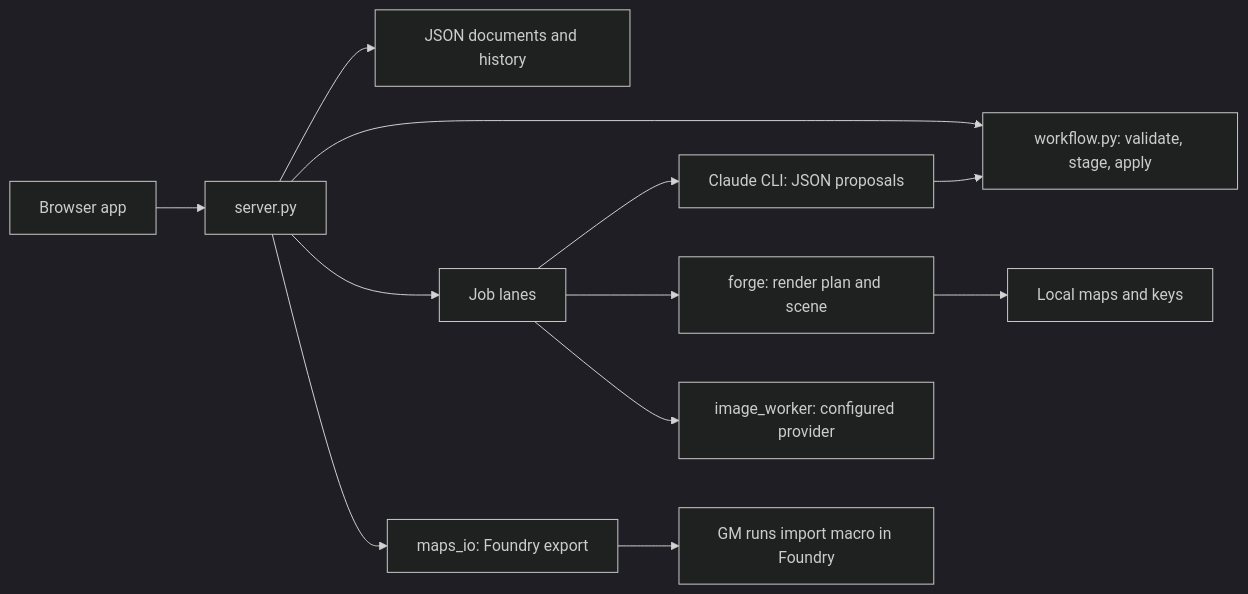
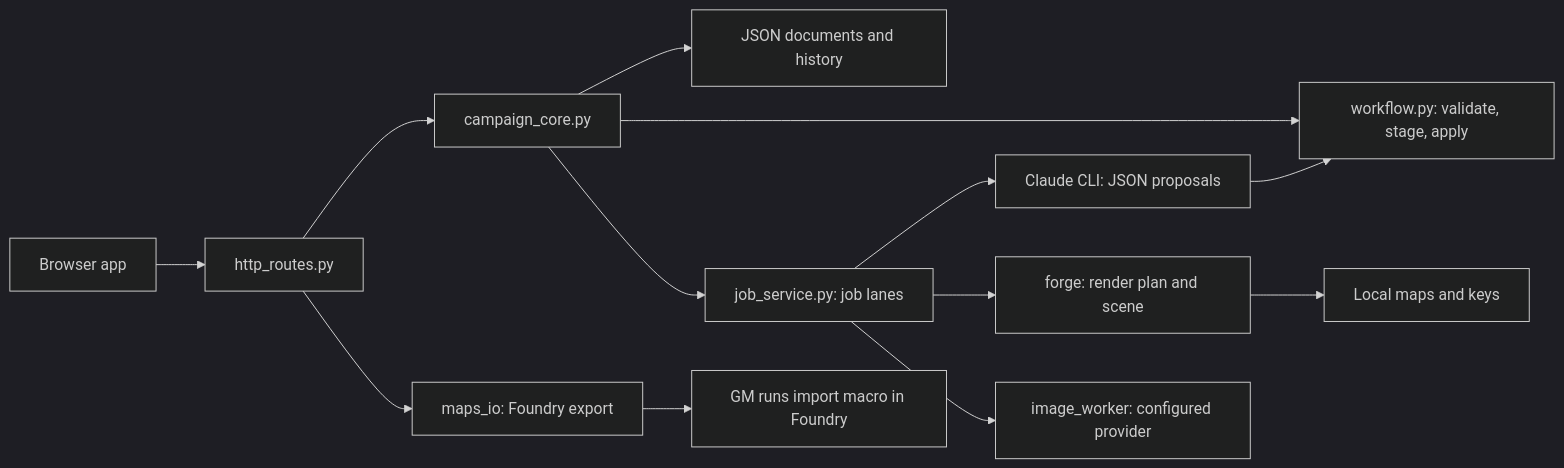
Before and after one commit to LimtlessLtd/campaign-studio: the diagram in docs/ARCHITECTURE.md, drawn with Mermaid (dark theme). The commit also changed other lines of this file and 11 other files, not shown here.

Commit message:
Extract HTTP routes and background job service

````diff
--- a/docs/ARCHITECTURE.md
+++ b/docs/ARCHITECTURE.md
@@ -6,14 +6,15 @@
 ```mermaid
 flowchart LR
-  UI[Browser app] --> HTTP[server.py]
-  HTTP --> Docs[JSON documents and history]
-  HTTP --> WF[workflow.py: validate, stage, apply]
-  HTTP --> Queue[Job lanes]
+  UI[Browser app] --> HTTP[http_routes.py]
+  HTTP --> Core[campaign_core.py]
+  Core --> Docs[JSON documents and history]
+  Core --> WF[workflow.py: validate, stage, apply]
+  Core --> Queue[job_service.py: job lanes]
   Queue --> AI[Claude CLI: JSON proposals]
   AI --> WF
   Queue --> Forge[forge: render plan and scene]
   Queue --> Art[image_worker: configured provider]
   Forge --> Maps[Local maps and keys]
   HTTP --> Export[maps_io: Foundry export]
   Export --> Macro[GM runs import macro in Foundry]
 ```
````
